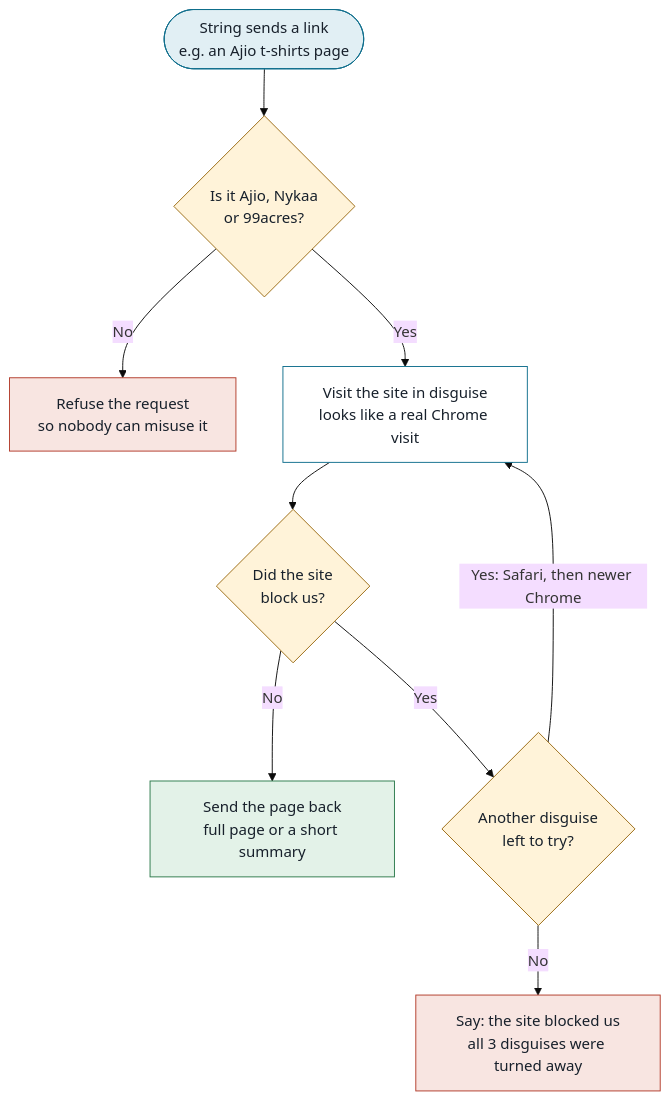
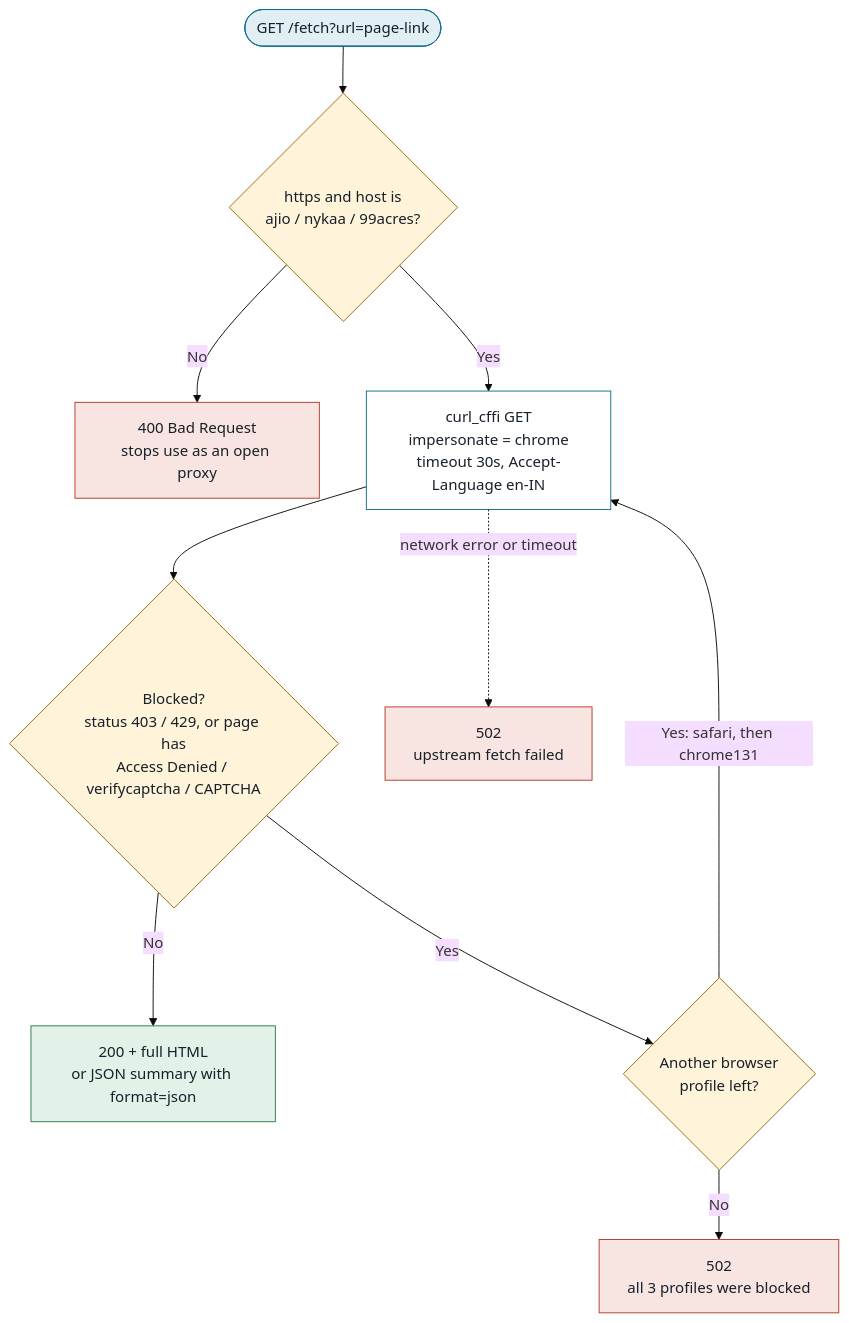
The fourth of 6 diagrams in README.md (Sakshamebdev873/useString), drawn with Mermaid (base theme) before and after one commit. The commit also changed other lines of this file, not shown here.

````diff
--- a/README.md
+++ b/README.md
@@ -35,22 +75,23 @@
 ```mermaid
 flowchart TD
-    A(["String sends a link<br/>e.g. an Ajio t-shirts page"]) --> B{"Is it Ajio, Nykaa<br/>or 99acres?"}
-    B -- No --> R["Refuse the request<br/>so nobody can misuse it"]
-    B -- Yes --> C["Visit the site in disguise<br/>looks like a real Chrome visit"]
-    C --> D{"Did the site<br/>block us?"}
-    D -- No --> G["Send the page back<br/>full page or a short summary"]
-    D -- Yes --> E{"Another disguise<br/>left to try?"}
-    E -- "Yes: Safari, then newer Chrome" --> C
-    E -- No --> F["Say: the site blocked us<br/>all 3 disguises were turned away"]
+    A(["GET /fetch?url=page-link"]) --> B{"https and host is<br/>ajio / nykaa / 99acres?"}
+    B -- No --> R["400 Bad Request<br/>stops use as an open proxy"]
+    B -- Yes --> C["curl_cffi GET<br/>impersonate = chrome<br/>timeout 30s, Accept-Language en-IN"]
+    C --> D{"Blocked?<br/>status 403 / 429, or page has<br/>Access Denied / verifycaptcha / CAPTCHA"}
+    D -- No --> G["200 + full HTML<br/>or JSON summary with format=json"]
+    D -- Yes --> E{"Another browser<br/>profile left?"}
+    E -- "Yes: safari, then chrome131" --> C
+    E -- No --> F["502<br/>all 3 profiles were blocked"]
+    C -.->|"network error or timeout"| X["502<br/>upstream fetch failed"]
 
     classDef start fill:#E1EFF4,stroke:#0F6E8C,color:#17202B
     classDef step fill:#FFFFFF,stroke:#0F6E8C,color:#17202B
     classDef check fill:#FFF3D9,stroke:#9A6A12,color:#17202B
     classDef good fill:#E3F2E8,stroke:#2C7A4B,color:#17202B
     classDef stop fill:#F8E5E1,stroke:#B23B2A,color:#17202B
     class A start
     class C step
     class B,D,E check
     class G good
-    class R,F stop
+    class R,F,X stop
 ```
````
